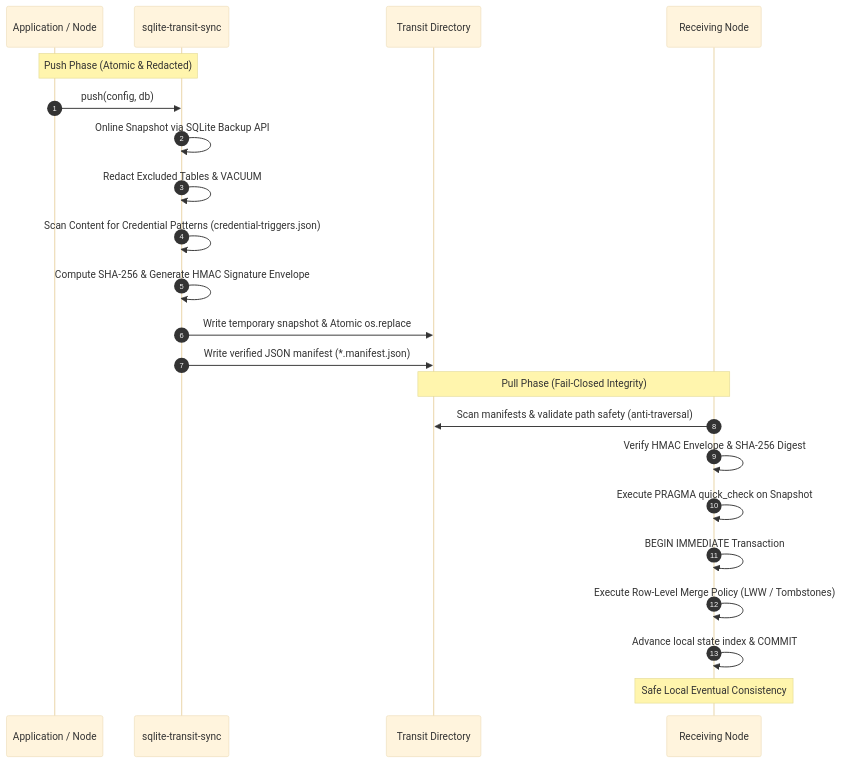
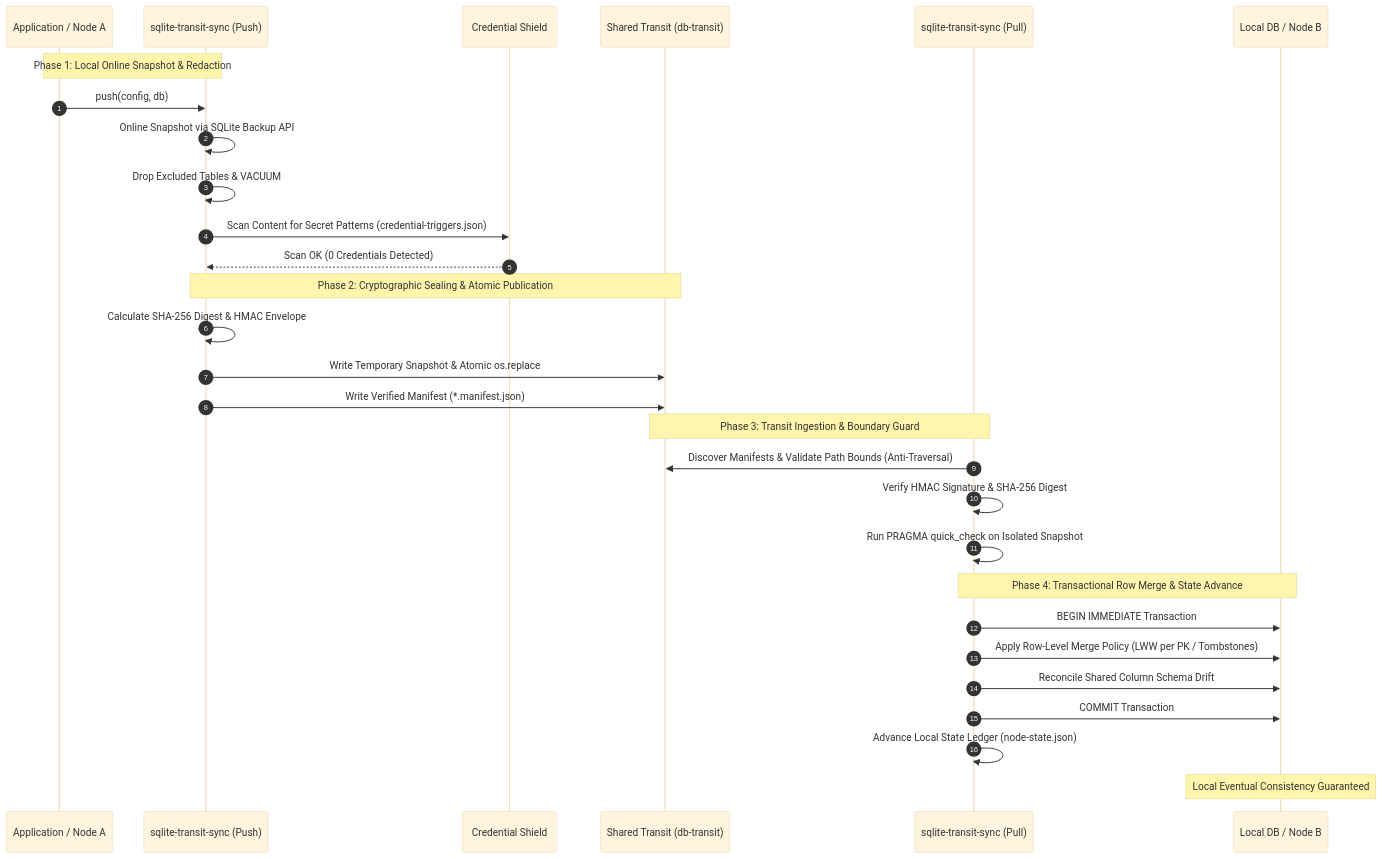
The second of 2 diagrams in README.md (ellmos-ai/sqlite-transit-sync), drawn with Mermaid (base theme) before and after one commit. The commit also changed other lines of this file and 6 other files, not shown here.

Commit message:
docs(discoverability): dual mermaid diagrams, quick nav, invariants matrix, and metadata parity [Pfad B] [G 2026-09-09]

````diff
--- a/README.md
+++ b/README.md
@@ -63,26 +131,35 @@
 ```mermaid
 sequenceDiagram
     autonumber
-    participant App as Application / Node
-    participant Core as sqlite-transit-sync
-    participant Transit as Transit Directory
-    participant Verifier as Receiving Node
+    participant App as Application / Node A
+    participant CoreA as sqlite-transit-sync (Push)
+    participant Shield as Credential Shield
+    participant Transit as Shared Transit (db-transit)
+    participant CoreB as sqlite-transit-sync (Pull)
+    participant Target as Local DB / Node B
 
-    Note over App,Core: Push Phase (Atomic & Redacted)
-    App->>Core: push(config, db)
-    Core->>Core: Online Snapshot via SQLite Backup API
-    Core->>Core: Redact Excluded Tables & VACUUM
-    Core->>Core: Scan Content for Credential Patterns (credential-triggers.json)
-    Core->>Core: Compute SHA-256 & Generate HMAC Signature Envelope
-    Core->>Transit: Write temporary snapshot & Atomic os.replace
-    Core->>Transit: Write verified JSON manifest (*.manifest.json)
-    
-    Note over Transit,Verifier: Pull Phase (Fail-Closed Integrity)
-    Verifier->>Transit: Scan manifests & validate path safety (anti-traversal)
-    Verifier->>Verifier: Verify HMAC Envelope & SHA-256 Digest
-    Verifier->>Verifier: Execute PRAGMA quick_check on Snapshot
-    Verifier->>Verifier: BEGIN IMMEDIATE Transaction
-    Verifier->>Verifier: Execute Row-Level Merge Policy (LWW / Tombstones)
-    Verifier->>Verifier: Advance local state index & COMMIT
-    Note over Verifier: Safe Local Eventual Consistency
+    Note over App,CoreA: Phase 1: Local Online Snapshot & Redaction
+    App->>CoreA: push(config, db)
+    CoreA->>CoreA: Online Snapshot via SQLite Backup API
+    CoreA->>CoreA: Drop Excluded Tables & VACUUM
+    CoreA->>Shield: Scan Content for Secret Patterns (credential-triggers.json)
+    Shield-->>CoreA: Scan OK (0 Credentials Detected)
+
+    Note over CoreA,Transit: Phase 2: Cryptographic Sealing & Atomic Publication
+    CoreA->>CoreA: Calculate SHA-256 Digest & HMAC Envelope
+    CoreA->>Transit: Write Temporary Snapshot & Atomic os.replace
+    CoreA->>Transit: Write Verified Manifest (*.manifest.json)
+
+    Note over Transit,CoreB: Phase 3: Transit Ingestion & Boundary Guard
+    CoreB->>Transit: Discover Manifests & Validate Path Bounds (Anti-Traversal)
+    CoreB->>CoreB: Verify HMAC Signature & SHA-256 Digest
+    CoreB->>CoreB: Run PRAGMA quick_check on Isolated Snapshot
+
+    Note over CoreB,Target: Phase 4: Transactional Row Merge & State Advance
+    CoreB->>Target: BEGIN IMMEDIATE Transaction
+    CoreB->>Target: Apply Row-Level Merge Policy (LWW per PK / Tombstones)
+    CoreB->>Target: Reconcile Shared Column Schema Drift
+    CoreB->>Target: COMMIT Transaction
+    CoreB->>CoreB: Advance Local State Ledger (node-state.json)
+    Note over Target: Local Eventual Consistency Guaranteed
 ```
````
